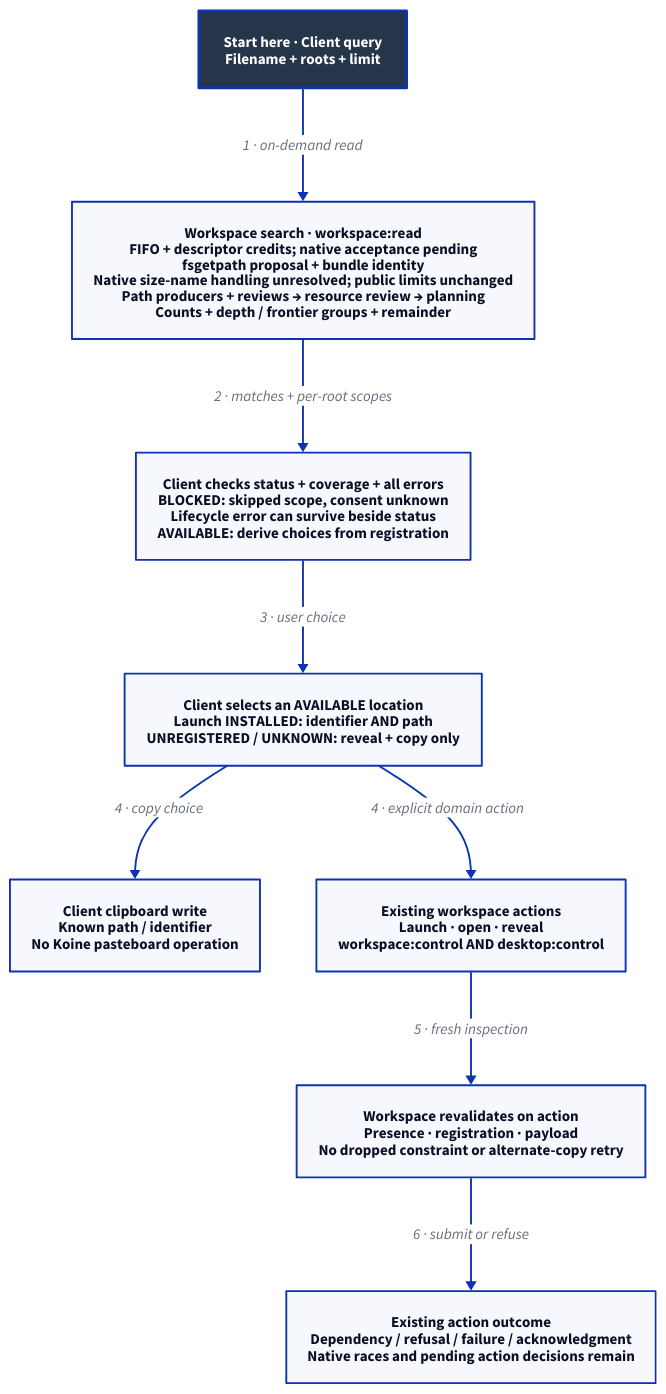
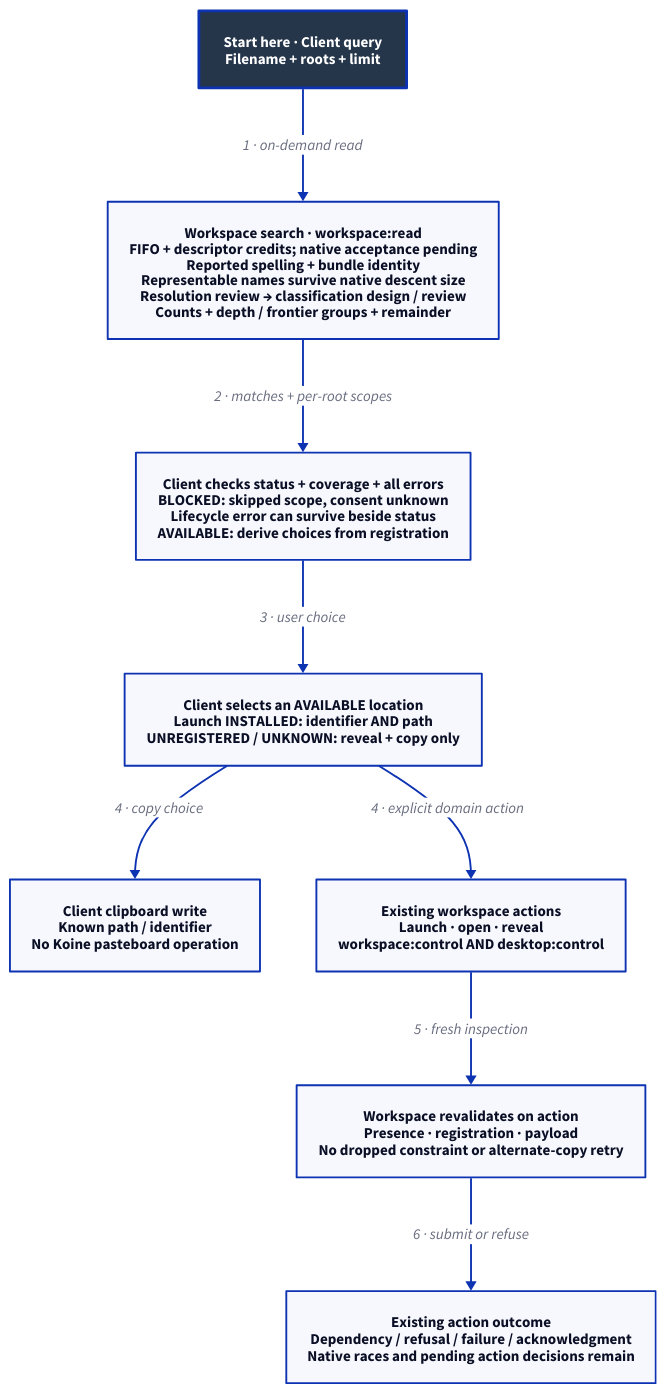
One commit to Linkuistics/Koine changed the diagram in docs/design/architecture/search-handoff.d2. Above: the diagram before and after it, drawn with D2. The commit also changed 30 other files, not shown here.

Commit message:
search-path-resolution-k122: specify bounded resolution and observed spelling

```diff
--- a/docs/design/architecture/search-handoff.d2
+++ b/docs/design/architecture/search-handoff.d2
@@ -1,20 +1,20 @@
 # Designed component/data handoff. Source roles, not deployment containers.
 direction: down
 classes: {
   start: {style: {fill: "#25364B"; font-color: "#FFFFFF"; bold: true; stroke-width: 3}}
 }
 Start: "Start here · Client query\nFilename + roots + limit" {class: start}
-Search: "Workspace search · workspace:read\nFIFO + descriptor credits; native acceptance pending\nfsgetpath proposal + bundle identity\nNative size-name handling unresolved; public limits unchanged\nPath producers + reviews → resource review → planning\nCounts + depth / frontier groups + remainder"
+Search: "Workspace search · workspace:read\nFIFO + descriptor credits; native acceptance pending\nReported spelling + bundle identity\nRepresentable names survive native descent size\nResolution review → classification design / review\nCounts + depth / frontier groups + remainder"
 Choices: "Client checks status + coverage + all errors\nBLOCKED: skipped scope, consent unknown\nLifecycle error can survive beside status\nAVAILABLE: derive choices from registration"
 Selected: "Client selects an AVAILABLE location\nLaunch INSTALLED: identifier AND path\nUNREGISTERED / UNKNOWN: reveal + copy only"
 Clipboard: "Client clipboard write\nKnown path / identifier\nNo Koine pasteboard operation"
 Action: "Existing workspace actions\nLaunch · open · reveal\nworkspace:control AND desktop:control"
 Revalidate: "Workspace revalidates on action\nPresence · registration · payload\nNo dropped constraint or alternate-copy retry"
 Outcome: "Existing action outcome\nDependency / refusal / failure / acknowledgment\nNative races and pending action decisions remain"
 Start -> Search: "1 · on-demand read"
 Search -> Choices: "2 · matches + per-root scopes"
 Choices -> Selected: "3 · user choice"
 Selected -> Clipboard: "4 · copy choice"
 Selected -> Action: "4 · explicit domain action"
 Action -> Revalidate: "5 · fresh inspection"
 Revalidate -> Outcome: "6 · submit or refuse"
```
